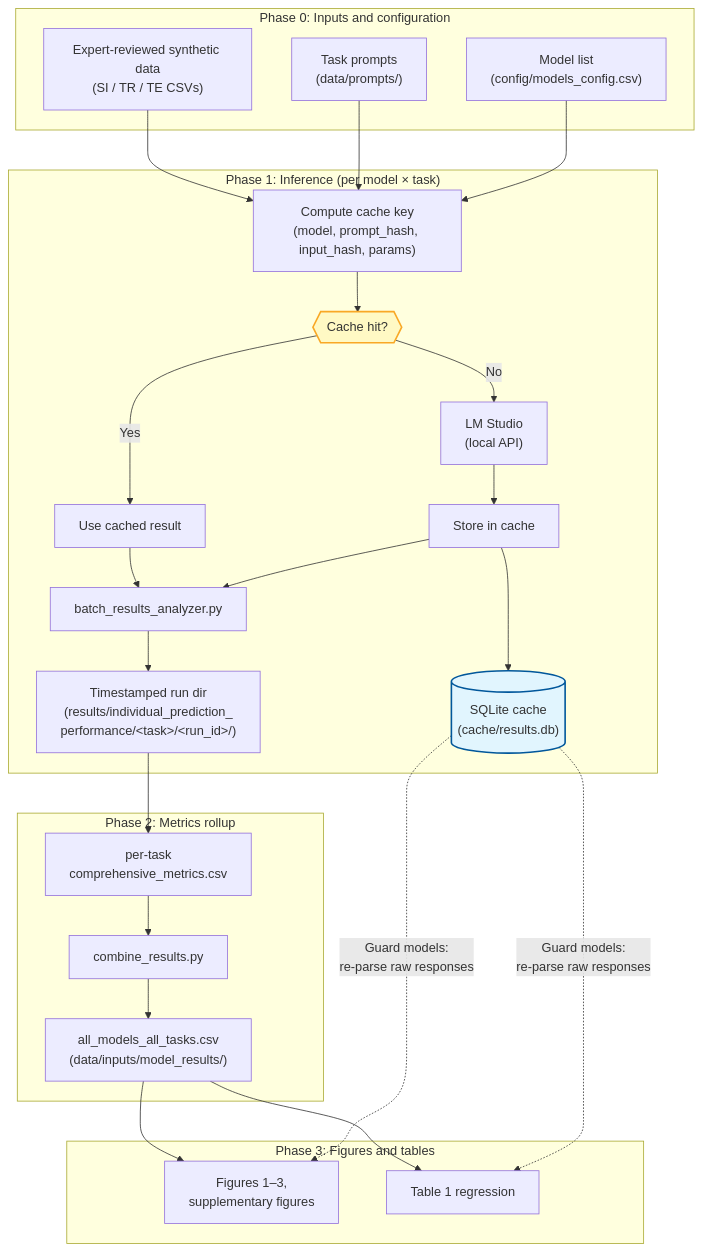
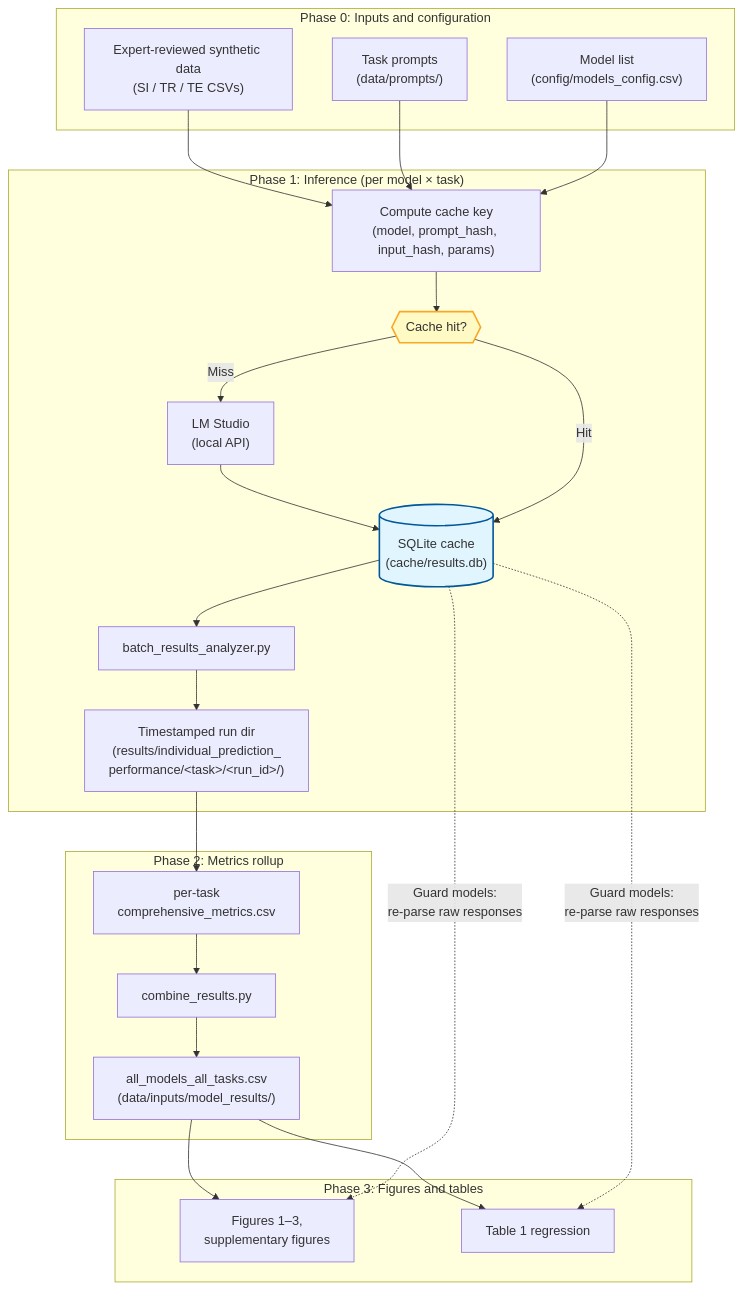
One commit to markkalinich/mental-health-finetune-analysis changed the diagram in README.md. Above: the diagram before and after it, drawn with Mermaid.

Commit message:
Simplify data-flow diagram: collapse cache read/write into single node
Made-with: Cursor

````diff
--- a/README.md
+++ b/README.md
@@ -23,38 +23,36 @@
 ```mermaid
 flowchart TB
     subgraph P0["Phase 0: Inputs and configuration"]
         data["Expert-reviewed synthetic data\n(SI / TR / TE CSVs)"]
         prompts["Task prompts\n(data/prompts/)"]
         cfg["Model list\n(config/models_config.csv)"]
     end
 
     subgraph P1["Phase 1: Inference (per model × task)"]
         data --> keygen["Compute cache key\n(model, prompt_hash, input_hash, params)"]
         prompts --> keygen
         cfg --> keygen
         keygen --> check{{"Cache hit?"}}
-        check -->|"Yes"| cached_val["Use cached result"]
-        check -->|"No"| lms["LM Studio\n(local API)"]
-        lms --> store["Store in cache"]
-        store --> cache[("SQLite cache\n(cache/results.db)")]
-        cached_val --> analyze["batch_results_analyzer.py"]
-        store --> analyze
+        check -->|"Miss"| lms["LM Studio\n(local API)"]
+        lms --> cache[("SQLite cache\n(cache/results.db)")]
+        check -->|"Hit"| cache
+        cache --> analyze["batch_results_analyzer.py"]
         analyze --> runs["Timestamped run dir\n(results/individual_prediction_\nperformance/&lt;task&gt;/&lt;run_id&gt;/)"]
     end
 
     subgraph P2["Phase 2: Metrics rollup"]
         runs --> per_task["per-task\ncomprehensive_metrics.csv"]
         per_task --> combine["combine_results.py"]
         combine --> combined["all_models_all_tasks.csv\n(data/inputs/model_results/)"]
     end
 
     subgraph P3["Phase 3: Figures and tables"]
         combined --> figs["Figures 1–3,\nsupplementary figures"]
         combined --> tab1["Table 1 regression"]
         cache -.->|"Guard models:\nre-parse raw responses"| figs
         cache -.->|"Guard models:\nre-parse raw responses"| tab1
     end
 
     style cache fill:#e1f5fe,stroke:#01579b,stroke-width:2px
     style check fill:#fff9c4,stroke:#f9a825,stroke-width:2px
 ```
````
